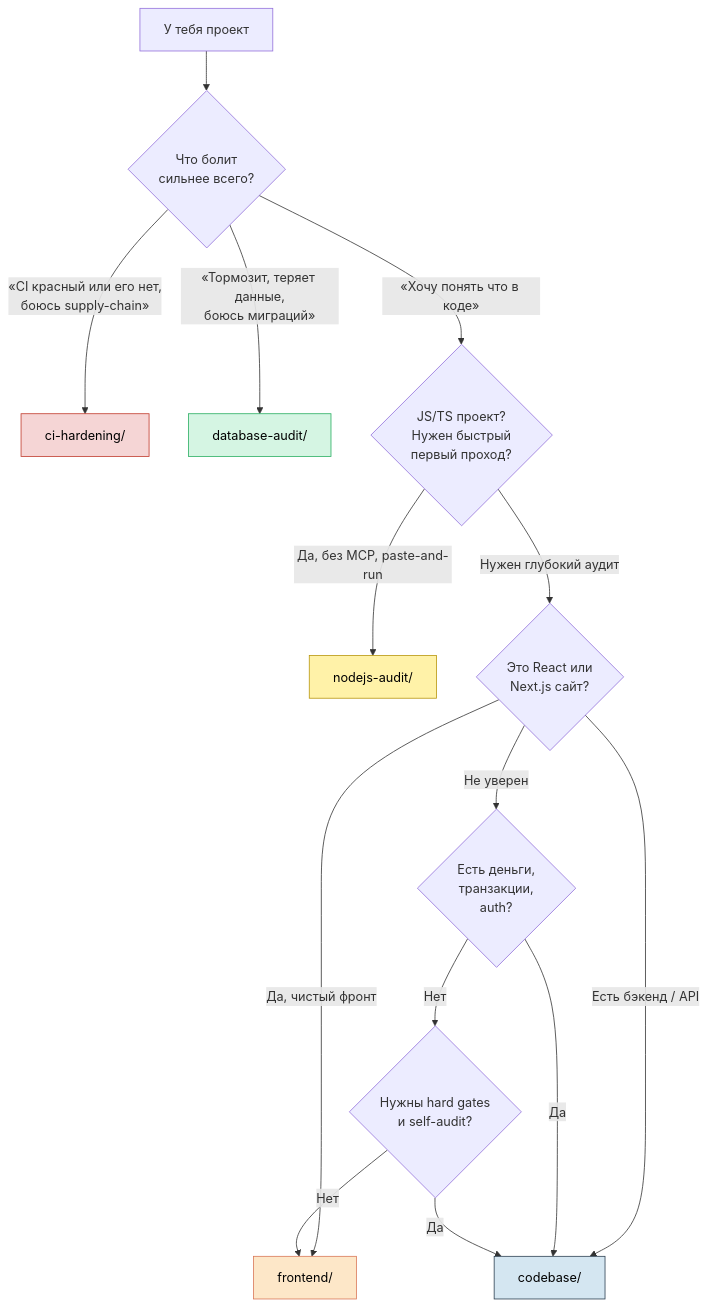
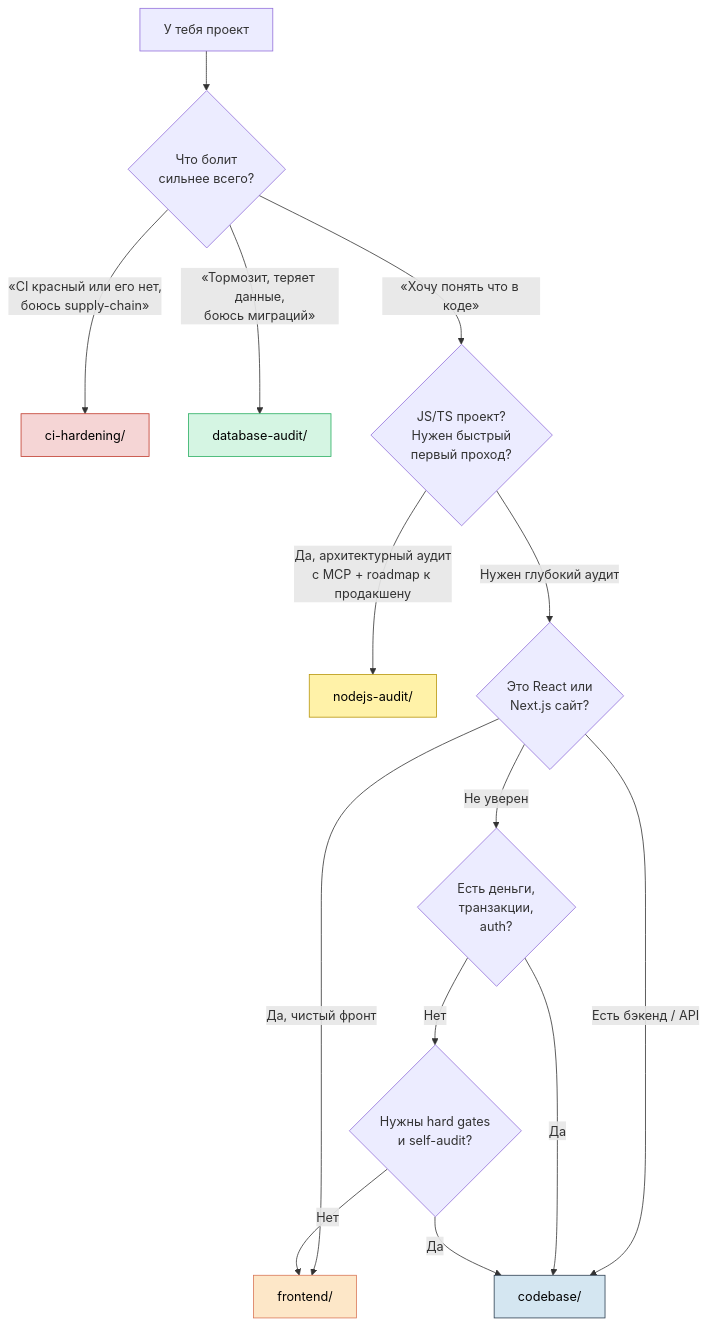
The diagram in README.md (VKirill/audit-pipelines), drawn with Mermaid before and after one commit. The commit also changed other lines of this file and 35 other files, not shown here.

First line of the commit message:
nodejs-audit chained-v2: 13 phase files + MCP-first + 4 production artifacts

````diff
--- a/README.md
+++ b/README.md
@@ -197,22 +198,22 @@
 ```mermaid
 flowchart TD
     A[У тебя проект] --> Z{Что болит<br/>сильнее всего?}
     Z -- «CI красный или его нет,<br/>боюсь supply-chain» --> H[ci-hardening/]
     Z -- «Тормозит, теряет данные,<br/>боюсь миграций» --> DB[database-audit/]
     Z -- «Хочу понять что в коде» --> Q{JS/TS проект?<br/>Нужен быстрый<br/>первый проход?}
-    Q -- Да, без MCP, paste-and-run --> N[nodejs-audit/]
+    Q -- Да, архитектурный аудит<br/>с MCP + roadmap к продакшену --> N[nodejs-audit/]
     Q -- Нужен глубокий аудит --> B{Это React или<br/>Next.js сайт?}
     B -- Да, чистый фронт --> C[frontend/]
     B -- Есть бэкенд / API --> D[codebase/]
     B -- Не уверен --> E{Есть деньги,<br/>транзакции,<br/>auth?}
     E -- Да --> D
     E -- Нет --> F{Нужны hard gates<br/>и self-audit?}
     F -- Да --> D
     F -- Нет --> C
 
     style N fill:#fff2a8,stroke:#b7950b,color:#000
     style C fill:#fde7c8,stroke:#d97757,color:#000
     style D fill:#d4e6f1,stroke:#2c3e50,color:#000
     style H fill:#f5d5d5,stroke:#c0392b,color:#000
     style DB fill:#d5f5e3,stroke:#27ae60,color:#000
 ```
````
